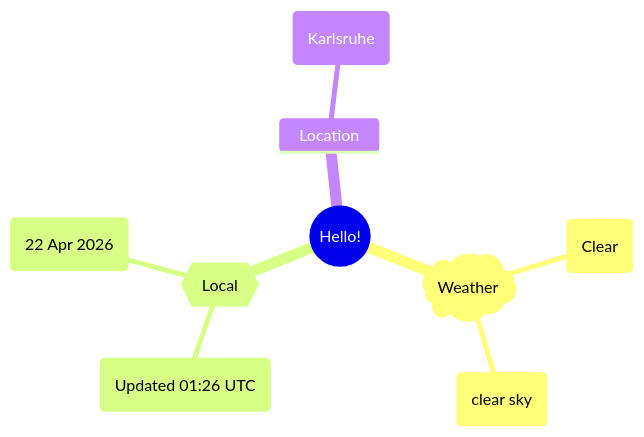
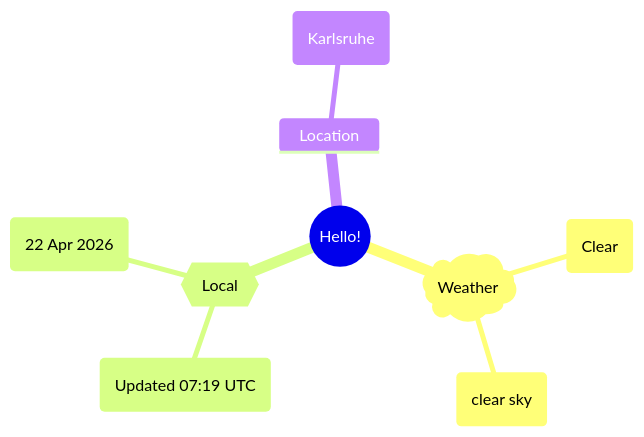
One commit to Xosrov/Xosrov changed the first of 2 diagrams in README.md. Above: the diagram before and after it, drawn with Mermaid.

Commit message:
[bot] updated images

````diff
--- a/README.md
+++ b/README.md
@@ -3,12 +3,12 @@
 ```mermaid
 mindmap
   root((Hello!))
     )Weather(
         (Clear)
         (clear sky)
     {{Local}}
-        (Updated 01:26 UTC)
+        (Updated 07:19 UTC)
         (22 Apr 2026)
     Location
         (Karlsruhe)
 ```
````
